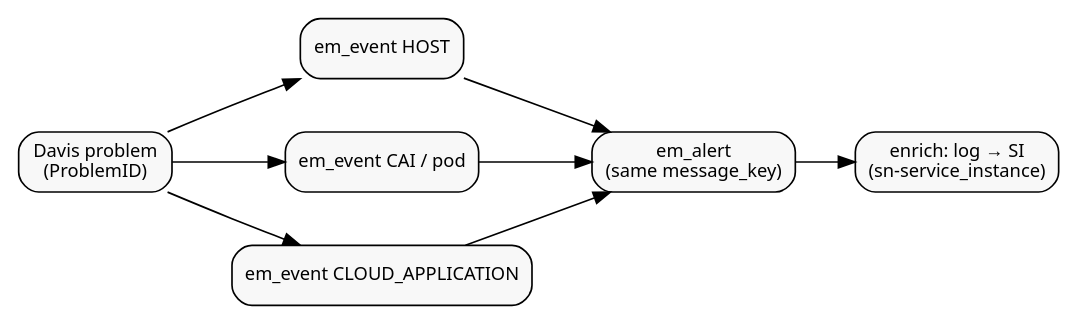
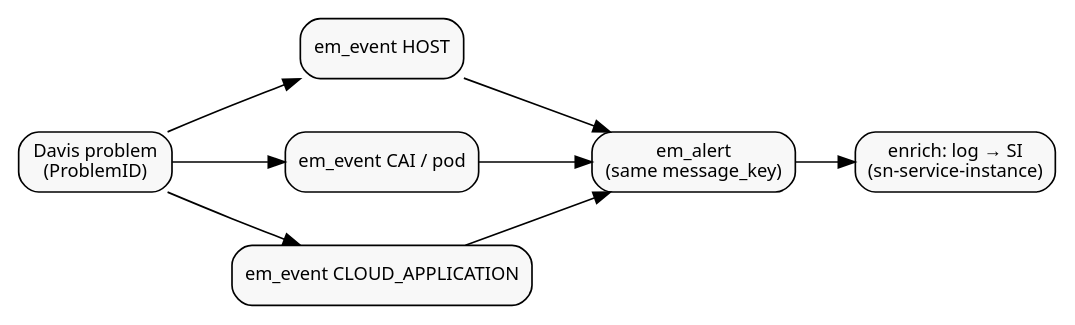
The sixth of 6 diagrams in servicenow/docs/Log_to_Incident/Log_to_Incident.adoc (gxbrooks/spark-observability), drawn with Graphviz before and after one commit. The commit also changed other lines of this file and 16 other files, not shown here.

```diff
--- a/servicenow/docs/Log_to_Incident/Log_to_Incident.adoc
+++ b/servicenow/docs/Log_to_Incident/Log_to_Incident.adoc
@@ -2514,23 +3022,23 @@
 [graphviz, sgo_problem_fanout]
 ----
 digraph sgo_fanout {
   graph [rankdir=LR splines=true nodesep=0.45 fontname="Noto Sans" fontsize=12]
   node [shape=box style="rounded,filled" fillcolor="#f8f8f8" fontname="Noto Sans" fontsize=11]
   edge [fontname="Noto Sans" fontsize=10]
 
   P [label="Davis problem\n(ProblemID)"]
   E1 [label="em_event HOST"]
   E2 [label="em_event CAI / pod"]
   E3 [label="em_event CLOUD_APPLICATION"]
   A [label="em_alert\n(same message_key)"]
-  SI [label="enrich: log → SI\n(sn-service_instance)"]
+  SI [label="enrich: log → SI\n(sn-service-instance)"]
 
   P -> E1
   P -> E2
   P -> E3
   E1 -> A
   E2 -> A
   E3 -> A
   A -> SI
 }
 ----
```
